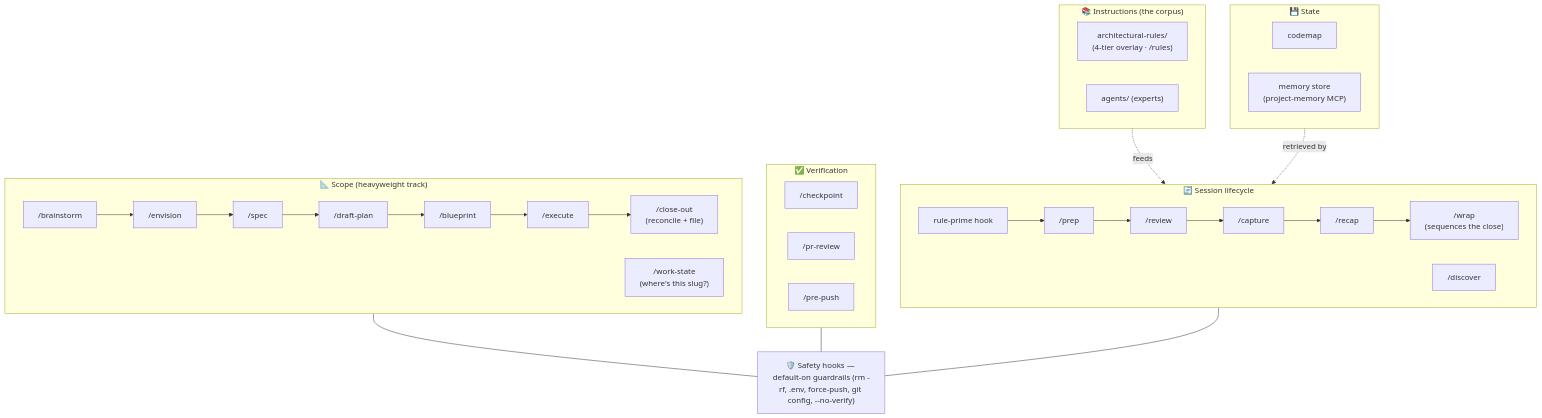
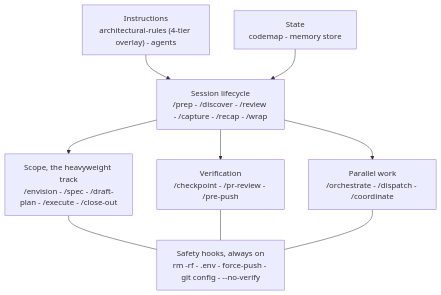
The second of 3 diagrams in README.md (AcKeskin/contexture), drawn with Mermaid before and after one commit. The commit also changed other lines of this file and 133 other files, not shown here.

````diff
--- a/README.md
+++ b/README.md
@@ -102,33 +80,19 @@
 ```mermaid
 flowchart TB
-    subgraph SL["🔄 Session lifecycle"]
-      direction LR
-      primehook["rule-prime hook"] --> prep["/prep"] --> review["/review"] --> capture["/capture"] --> recap["/recap"] --> wrap["/wrap<br/>(sequences the close)"]
-      discover["/discover"]
-    end
-    subgraph SC["📐 Scope (heavyweight track)"]
-      direction LR
-      brainstorm["/brainstorm"] --> envision["/envision"] --> spec["/spec"] --> plan["/draft-plan"] --> blueprint["/blueprint"] --> exec["/execute"] --> closeout["/close-out<br/>(reconcile + file)"]
-      workstate["/work-state<br/>(where's this slug?)"]
-    end
-    subgraph VER["✅ Verification"]
-      direction LR
-      checkpoint["/checkpoint"]
-      prr["/pr-review"]
-      pp["/pre-push"]
-    end
-    subgraph INST["📚 Instructions (the corpus)"]
-      rules["architectural-rules/<br/>(4-tier overlay · /rules)"]
-      agents["agents/ (experts)"]
-    end
-    subgraph STATE["💾 State"]
-      codemap["codemap"]
-      mem["memory store<br/>(project-memory MCP)"]
-    end
-    HOOKS["🛡️ Safety hooks — default-on guardrails (rm -rf, .env, force-push, git config, --no-verify)"]
-    INST -.feeds.-> SL
-    STATE -.retrieved by.-> discover
-    SL --- HOOKS
-    SC --- HOOKS
-    VER --- HOOKS
+  INST["Instructions<br/>architectural-rules (4-tier overlay) - agents"]
+  STATE["State<br/>codemap - memory store"]
+  LOOP["Session lifecycle<br/>/prep - /discover - /review - /capture - /recap - /wrap"]
+  SCOPE["Scope, the heavyweight track<br/>/envision - /spec - /draft-plan - /execute - /close-out"]
+  VER["Verification<br/>/checkpoint - /pr-review - /pre-push"]
+  PAR["Parallel work<br/>/orchestrate - /dispatch - /coordinate"]
+  HOOKS["Safety hooks, always on<br/>rm -rf - .env - force-push - git config - --no-verify"]
+
+  INST --> LOOP
+  STATE --> LOOP
+  LOOP --> SCOPE
+  LOOP --> VER
+  LOOP --> PAR
+  SCOPE --- HOOKS
+  VER --- HOOKS
+  PAR --- HOOKS
 ```
````
